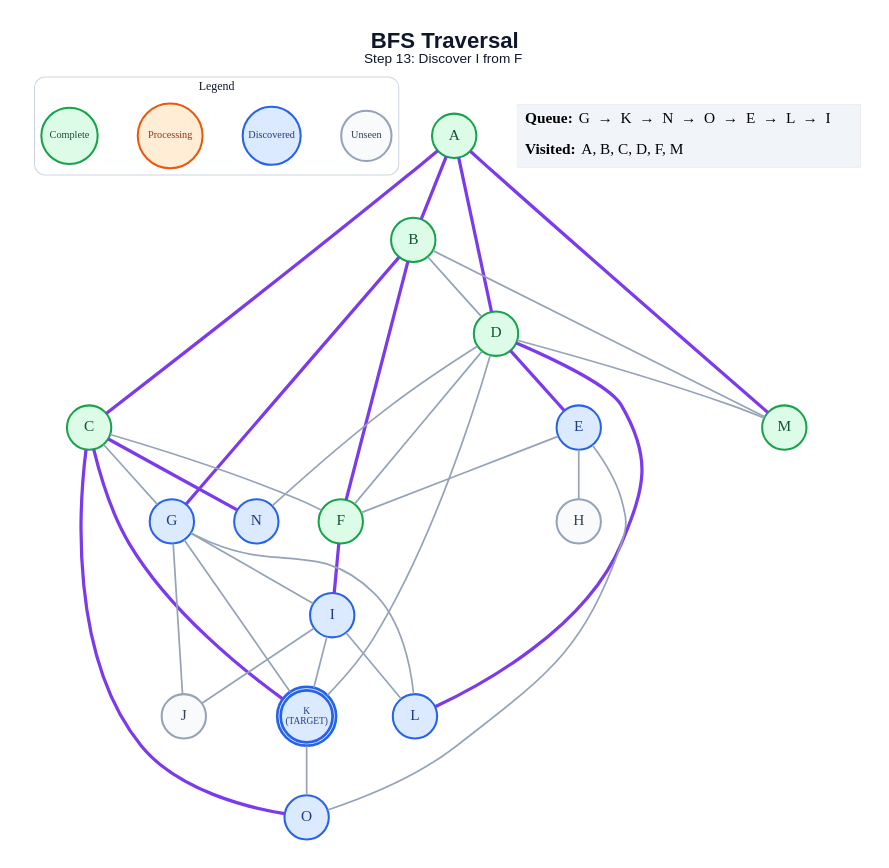
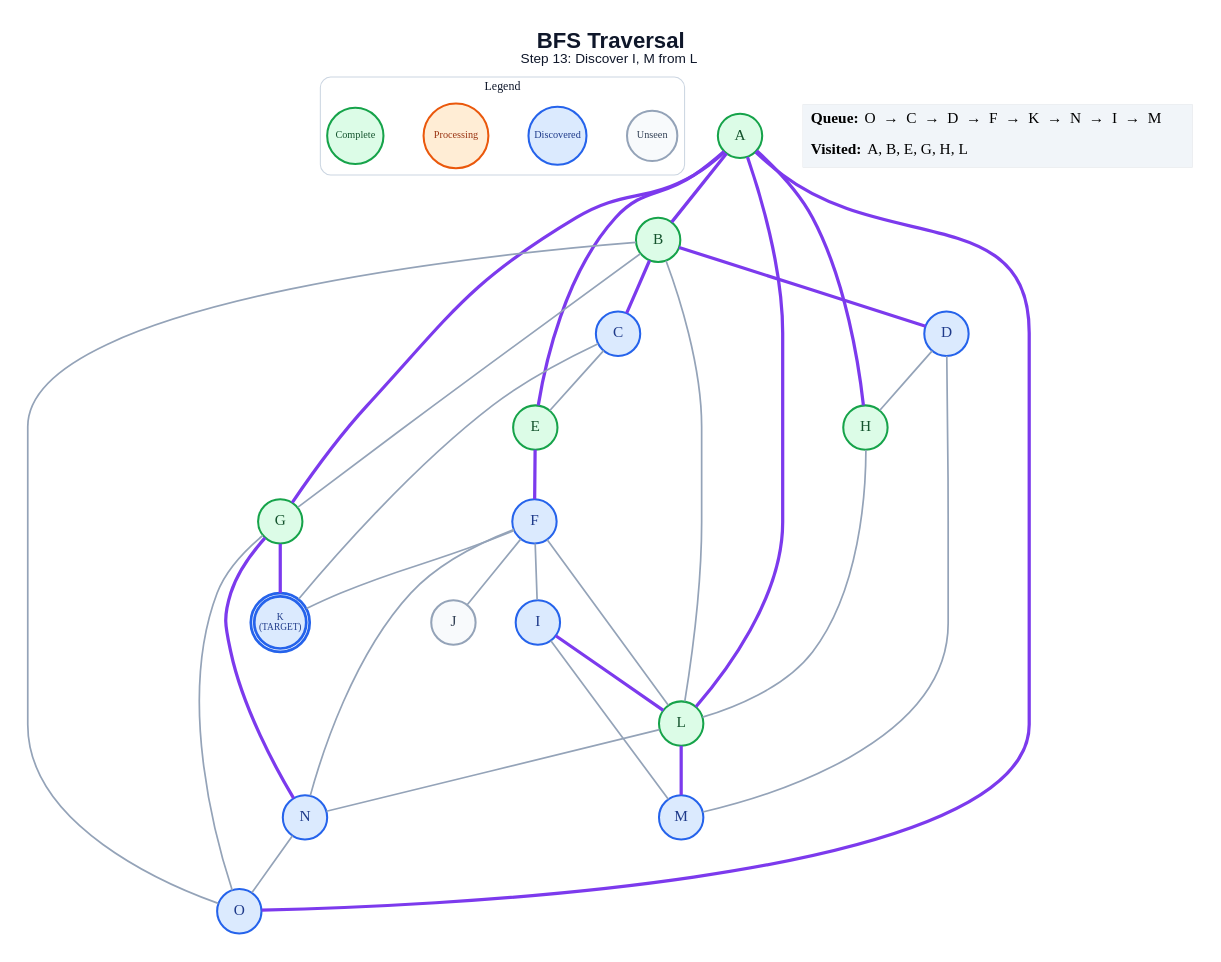
One commit to anon7238593-create/ai-slop changed the diagram in generated/specific-node/bfs/step_13.dot. Above: the diagram before and after it, drawn with Graphviz. The commit also changed 224 other files, not shown here.

```diff
--- a/generated/specific-node/bfs/step_13.dot
+++ b/generated/specific-node/bfs/step_13.dot
@@ -1,65 +1,64 @@
 graph traversal {
   graph [layout=dot, rankdir=TB, bgcolor="#FFFFFF", pad="0.35", nodesep="0.65", ranksep="0.8", fontname="Arial"];
   node [shape=circle, style="filled", fontname="Arial Bold", fontsize=18, width=0.72, fixedsize=true, penwidth=2.4];
   edge [color="#94A3B8", penwidth=2.0];
-  label=<<B>BFS Traversal</B><BR/><FONT POINT-SIZE="16">Step 13: Discover I from F</FONT>>; labelloc="t"; fontsize=26; fontname="Arial"; fontcolor="#0F172A";
+  label=<<B>BFS Traversal</B><BR/><FONT POINT-SIZE="16">Step 13: Discover I, M from L</FONT>>; labelloc="t"; fontsize=26; fontname="Arial"; fontcolor="#0F172A";
   subgraph cluster_legend { label="Legend"; color="#CBD5E1"; penwidth=1.2; style="rounded"; fontsize=14; fontname="Arial Bold";
     key_unseen [label="Unseen", fillcolor="#F8FAFC", color="#94A3B8", fontcolor="#334155", fontsize=12, width=0.82];
     key_frontier [label="Discovered", fillcolor="#DBEAFE", color="#2563EB", fontcolor="#1E3A8A", fontsize=12, width=0.95];
     key_current [label="Processing", fillcolor="#FFEDD5", color="#EA580C", fontcolor="#9A3412", fontsize=12, width=1.05];
     key_done [label="Complete", fillcolor="#DCFCE7", color="#16A34A", fontcolor="#14532D", fontsize=12, width=0.92];
     { rank=same; key_unseen; key_frontier; key_current; key_done; }
   }
   A [label="A", fillcolor="#DCFCE7", color="#16A34A", fontcolor="#14532D", peripheries=1, penwidth=2.4];
   B [label="B", fillcolor="#DCFCE7", color="#16A34A", fontcolor="#14532D", peripheries=1, penwidth=2.4];
-  C [label="C", fillcolor="#DCFCE7", color="#16A34A", fontcolor="#14532D", peripheries=1, penwidth=2.4];
-  D [label="D", fillcolor="#DCFCE7", color="#16A34A", fontcolor="#14532D", peripheries=1, penwidth=2.4];
-  E [label="E", fillcolor="#DBEAFE", color="#2563EB", fontcolor="#1E3A8A", peripheries=1, penwidth=2.4];
-  F [label="F", fillcolor="#DCFCE7", color="#16A34A", fontcolor="#14532D", peripheries=1, penwidth=2.4];
-  G [label="G", fillcolor="#DBEAFE", color="#2563EB", fontcolor="#1E3A8A", peripheries=1, penwidth=2.4];
-  H [label="H", fillcolor="#F8FAFC", color="#94A3B8", fontcolor="#334155", peripheries=1, penwidth=2.4];
+  C [label="C", fillcolor="#DBEAFE", color="#2563EB", fontcolor="#1E3A8A", peripheries=1, penwidth=2.4];
+  D [label="D", fillcolor="#DBEAFE", color="#2563EB", fontcolor="#1E3A8A", peripheries=1, penwidth=2.4];
+  E [label="E", fillcolor="#DCFCE7", color="#16A34A", fontcolor="#14532D", peripheries=1, penwidth=2.4];
+  F [label="F", fillcolor="#DBEAFE", color="#2563EB", fontcolor="#1E3A8A", peripheries=1, penwidth=2.4];
+  G [label="G", fillcolor="#DCFCE7", color="#16A34A", fontcolor="#14532D", peripheries=1, penwidth=2.4];
+  H [label="H", fillcolor="#DCFCE7", color="#16A34A", fontcolor="#14532D", peripheries=1, penwidth=2.4];
   I [label="I", fillcolor="#DBEAFE", color="#2563EB", fontcolor="#1E3A8A", peripheries=1, penwidth=2.4];
   J [label="J", fillcolor="#F8FAFC", color="#94A3B8", fontcolor="#334155", peripheries=1, penwidth=2.4];
   K [label="K\n(TARGET)", fillcolor="#DBEAFE", color="#2563EB", fontcolor="#1E3A8A", peripheries=2, penwidth=3.2, fontsize=11, width=0.85, height=0.85];
-  L [label="L", fillcolor="#DBEAFE", color="#2563EB", fontcolor="#1E3A8A", peripheries=1, penwidth=2.4];
-  M [label="M", fillcolor="#DCFCE7", color="#16A34A", fontcolor="#14532D", peripheries=1, penwidth=2.4];
+  L [label="L", fillcolor="#DCFCE7", color="#16A34A", fontcolor="#14532D", peripheries=1, penwidth=2.4];
+  M [label="M", fillcolor="#DBEAFE", color="#2563EB", fontcolor="#1E3A8A", peripheries=1, penwidth=2.4];
   N [label="N", fillcolor="#DBEAFE", color="#2563EB", fontcolor="#1E3A8A", peripheries=1, penwidth=2.4];
   O [label="O", fillcolor="#DBEAFE", color="#2563EB", fontcolor="#1E3A8A", peripheries=1, penwidth=2.4];
   A -- B [color="#7C3AED", penwidth=3.8];
-  A -- C [color="#7C3AED", penwidth=3.8];
-  A -- D [color="#7C3AED", penwidth=3.8];
-  A -- M [color="#7C3AED", penwidth=3.8];
-  B -- D;
-  B -- F [color="#7C3AED", penwidth=3.8];
-  B -- G [color="#7C3AED", penwidth=3.8];
-  B -- M;
-  C -- F;
-  C -- G;
-  C -- K [color="#7C3AED", penwidth=3.8];
-  C -- N [color="#7C3AED", penwidth=3.8];
-  C -- O [color="#7C3AED", penwidth=3.8];
-  D -- E [color="#7C3AED", penwidth=3.8];
-  D -- F;
-  D -- K;
-  D -- L [color="#7C3AED", penwidth=3.8];
+  A -- E [color="#7C3AED", penwidth=3.8];
+  A -- G [color="#7C3AED", penwidth=3.8];
+  A -- H [color="#7C3AED", penwidth=3.8];
+  A -- L [color="#7C3AED", penwidth=3.8];
+  A -- O [color="#7C3AED", penwidth=3.8];
+  B -- C [color="#7C3AED", penwidth=3.8];
+  B -- D [color="#7C3AED", penwidth=3.8];
+  B -- G;
+  B -- L;
+  B -- O;
+  C -- E;
+  C -- K;
+  D -- H;
   D -- M;
-  D -- N;
-  E -- F;
-  E -- H;
-  E -- O;
-  F -- I [color="#7C3AED", penwidth=3.8];
-  G -- I;
-  G -- J;
-  G -- K;
-  G -- L;
-  I -- J;
-  I -- K;
-  I -- L;
-  K -- O;
+  E -- F [color="#7C3AED", penwidth=3.8];
+  F -- I;
+  F -- J;
+  F -- K;
+  F -- L;
+  F -- N;
+  G -- K [color="#7C3AED", penwidth=3.8];
+  G -- N [color="#7C3AED", penwidth=3.8];
+  G -- O;
+  H -- L;
+  I -- L [color="#7C3AED", penwidth=3.8];
+  I -- M;
+  L -- M [color="#7C3AED", penwidth=3.8];
+  L -- N;
+  N -- O;
   status [shape=plain, fixedsize=false, width=0, height=0, margin=0, label=<
     <TABLE BORDER="0" CELLBORDER="0" CELLPADDING="7" BGCOLOR="#F1F5F9">
-      <TR><TD ALIGN="LEFT"><B>Queue:</B> G  →  K  →  N  →  O  →  E  →  L  →  I</TD></TR>
-      <TR><TD ALIGN="LEFT"><B>Visited:</B> A, B, C, D, F, M</TD></TR>
+      <TR><TD ALIGN="LEFT"><B>Queue:</B> O  →  C  →  D  →  F  →  K  →  N  →  I  →  M</TD></TR>
+      <TR><TD ALIGN="LEFT"><B>Visited:</B> A, B, E, G, H, L</TD></TR>
     </TABLE>
   >];
 }
```
